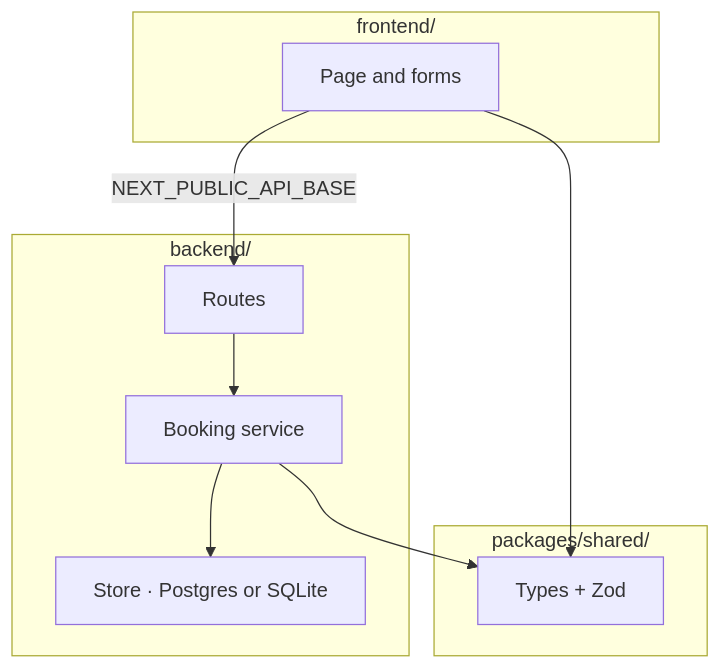
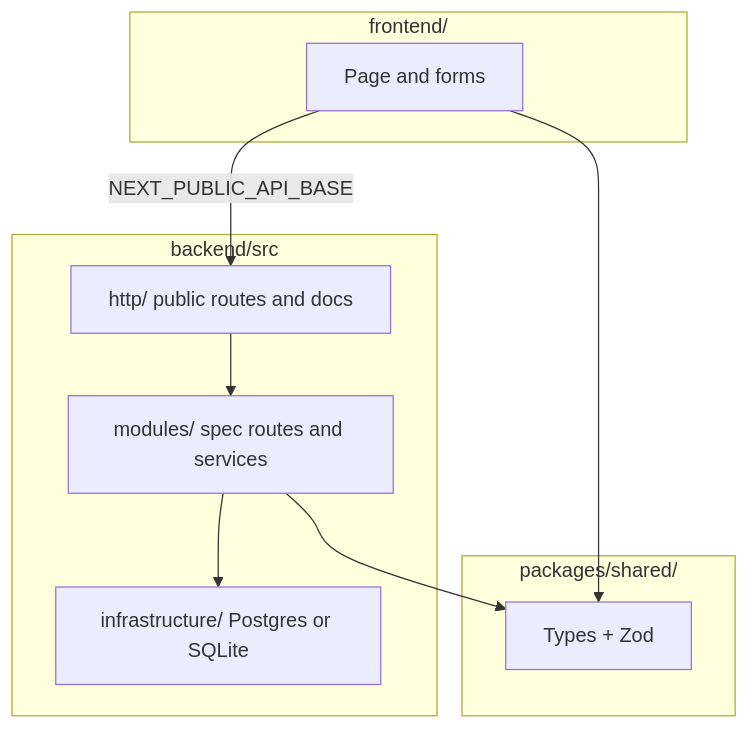
One commit to abdulsamad245/willow-clinic changed the second of 2 diagrams in README.md. Above: the diagram before and after it, drawn with Mermaid. The commit also changed other lines of this file and 35 other files, not shown here.

````diff
--- a/README.md
+++ b/README.md
@@ -28,19 +28,19 @@
 ```mermaid
 flowchart TB
   subgraph frontend["frontend/"]
     ui[Page and forms]
   end
   subgraph shared["packages/shared/"]
     zod[Types + Zod]
   end
-  subgraph backend["backend/"]
-    http[Routes]
-    svc[Booking service]
-    store[Store · Postgres or SQLite]
+  subgraph backend["backend/src"]
+    http[http/ public routes and docs]
+    modules[modules/ spec routes and services]
+    store[infrastructure/ Postgres or SQLite]
   end
 
   ui --> zod
   ui -->|NEXT_PUBLIC_API_BASE| http
-  http --> svc --> store
-  svc --> zod
+  http --> modules --> store
+  modules --> zod
 ```
````
